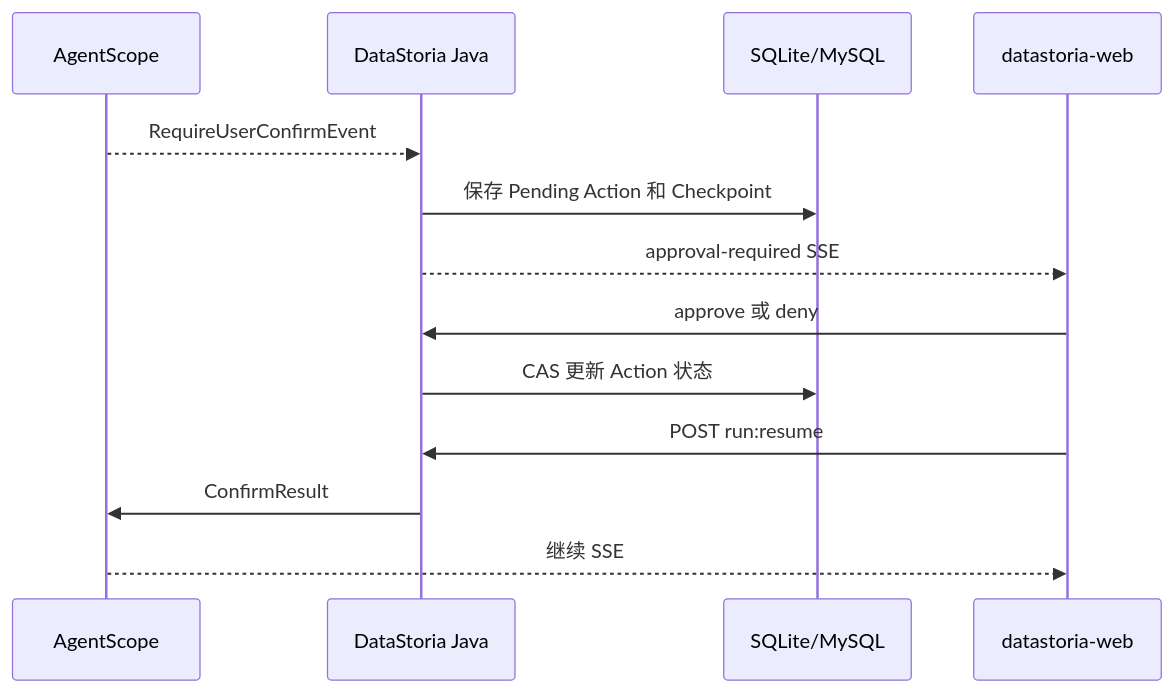
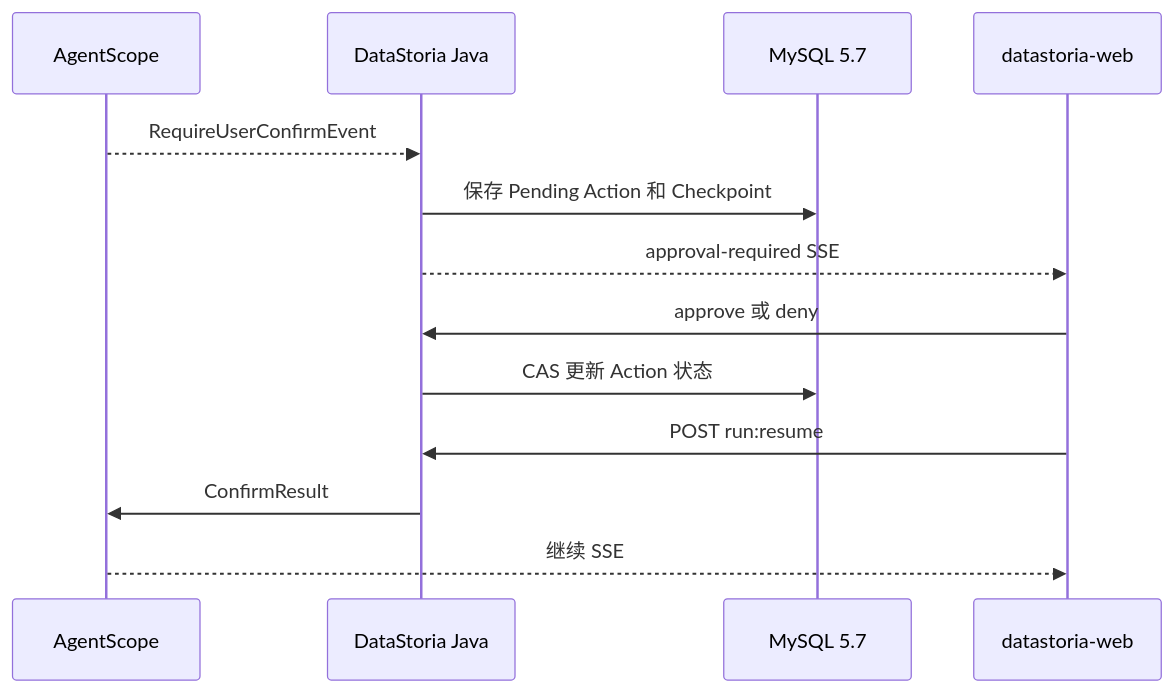
One commit to CCweixiao/datastoria-server changed the third of 5 diagrams in docs/architecture/agent-runtime.md. Above: the diagram before and after it, drawn with Mermaid. The commit also changed other lines of this file and 177 other files, not shown here.

````diff
--- a/docs/architecture/agent-runtime.md
+++ b/docs/architecture/agent-runtime.md
@@ -274,16 +274,16 @@
 ```mermaid
 sequenceDiagram
     participant AS as AgentScope
     participant Java as DataStoria Java
-    participant DB as SQLite/MySQL
+    participant DB as MySQL 5.7
     participant UI as datastoria-web
 
     AS-->>Java: RequireUserConfirmEvent
     Java->>DB: 保存 Pending Action 和 Checkpoint
     Java-->>UI: approval-required SSE
     UI->>Java: approve 或 deny
     Java->>DB: CAS 更新 Action 状态
     UI->>Java: POST run:resume
     Java->>AS: ConfirmResult
     AS-->>UI: 继续 SSE
 ```
````
